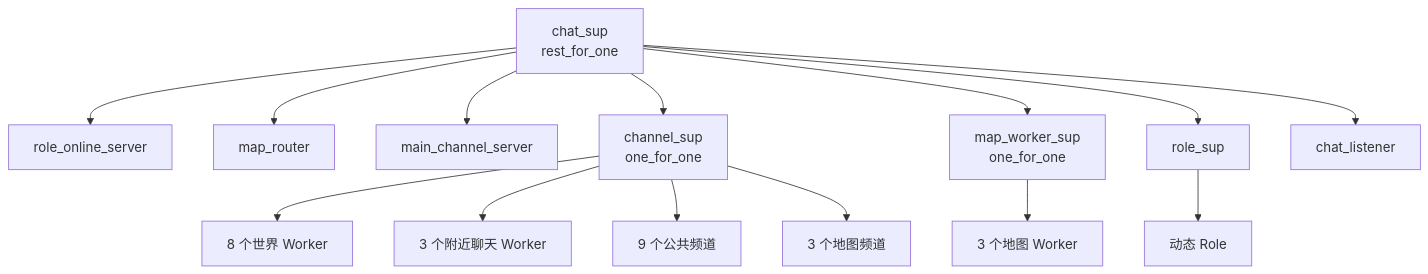
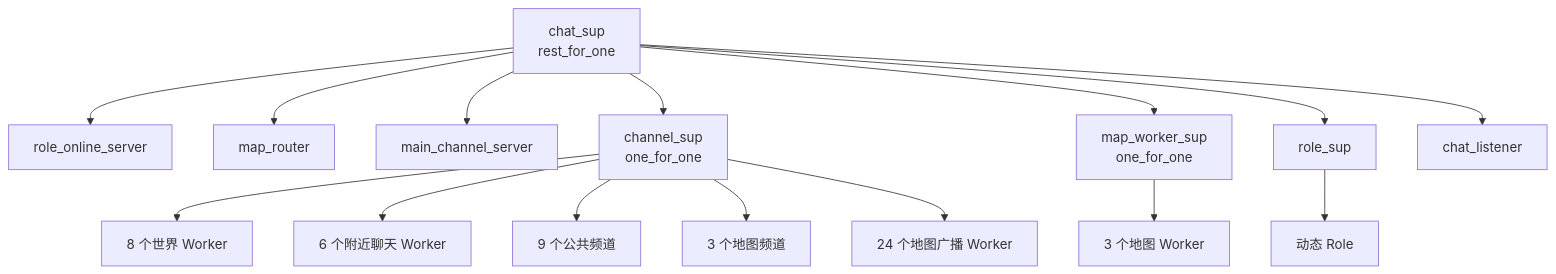
One commit to chrison18/erlang-game-chat-server changed the second of 6 diagrams in docs/Chat V1.3 设计文档.md. Above: the diagram before and after it, drawn with Mermaid. The commit also changed other lines of this file and 21 other files, not shown here.

First line of the commit message:
feat(v1.3): 完成多地图聊天与万客户端容量改造

````diff
--- a/docs/Chat V1.3 设计文档.md
+++ b/docs/Chat V1.3 设计文档.md
@@ -70,18 +76,19 @@
 ```mermaid
 flowchart TD
     ChatSup[chat_sup<br/>rest_for_one]
     ChatSup --> Online[role_online_server]
     ChatSup --> Router[map_router]
     ChatSup --> Main[main_channel_server]
     ChatSup --> ChannelSup[channel_sup<br/>one_for_one]
     ChatSup --> MapWorkerSup[map_worker_sup<br/>one_for_one]
     ChatSup --> RoleSup[role_sup]
     ChatSup --> Listener[chat_listener]
 
     ChannelSup --> Workers[8 个世界 Worker]
-    ChannelSup --> NearbyWorkers[3 个附近聊天 Worker]
+    ChannelSup --> NearbyWorkers[6 个附近聊天 Worker]
     ChannelSup --> Public[9 个公共频道]
     ChannelSup --> MapChannels[3 个地图频道]
+    ChannelSup --> MapBroadcastWorkers[24 个地图广播 Worker]
     MapWorkerSup --> MapWorkers[3 个地图 Worker]
     RoleSup --> Roles[动态 Role]
 ```
````
